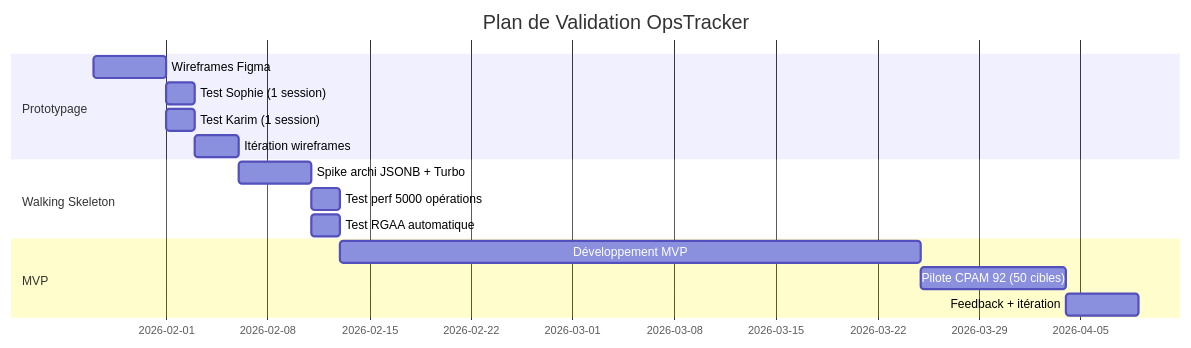
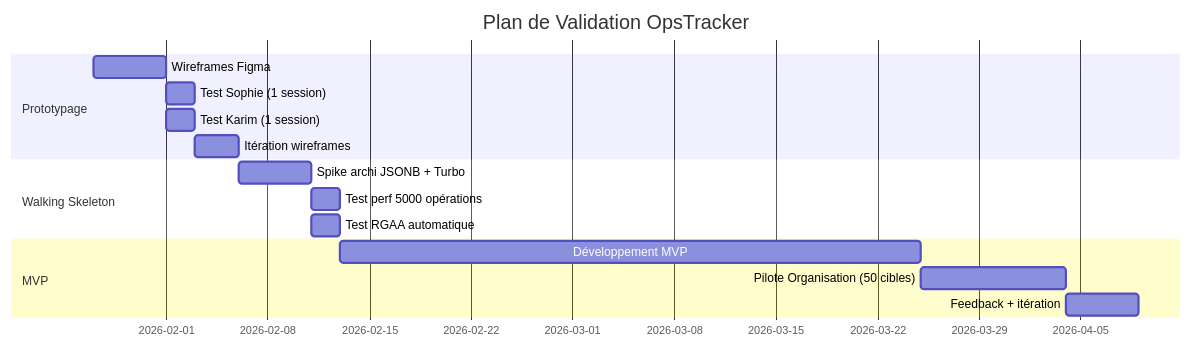
The fifth of 5 diagrams in CADRAGE/P3.4 - Concept Détaillé de la Solution.md (ElegAlex/OPSTRACKER), drawn with Mermaid before and after one commit. The commit also changed other lines of this file and 47 other files, not shown here.

````diff
--- a/CADRAGE/P3.4 - Concept Détaillé de la Solution.md
+++ b/CADRAGE/P3.4 - Concept Détaillé de la Solution.md
@@ -1109,18 +1109,18 @@
 ```mermaid
 gantt
     title Plan de Validation OpsTracker
     dateFormat  YYYY-MM-DD
     section Prototypage
     Wireframes Figma              :a1, 2026-01-27, 5d
     Test Sophie (1 session)       :a2, after a1, 2d
     Test Karim (1 session)        :a3, after a1, 2d
     Itération wireframes          :a4, after a3, 3d
     section Walking Skeleton
     Spike archi JSONB + Turbo     :b1, after a4, 5d
     Test perf 5000 opérations     :b2, after b1, 2d
     Test RGAA automatique         :b3, after b1, 2d
     section MVP
     Développement MVP             :c1, after b3, 40d
-    Pilote CPAM 92 (50 cibles)    :c2, after c1, 10d
+    Pilote Organisation (50 cibles)    :c2, after c1, 10d
     Feedback + itération          :c3, after c2, 5d
 ```
````
